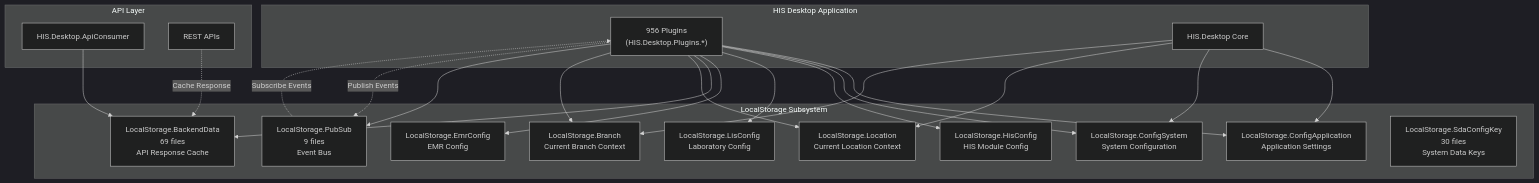
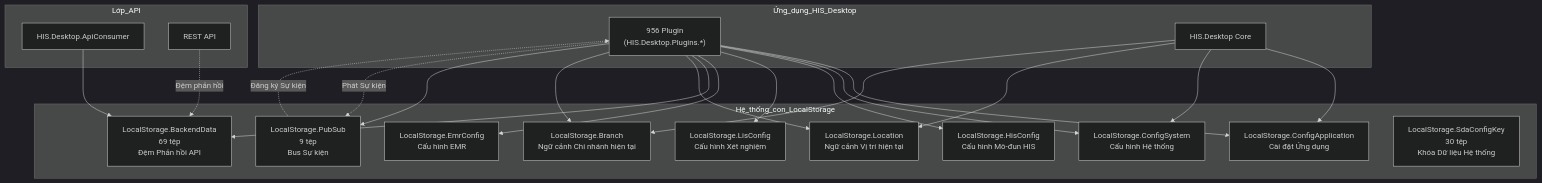
One commit to thangpnb/HIS changed the first of 4 diagrams in docs/his-ba-documentation/02-modules/his-desktop/core.md. Above: the diagram before and after it, drawn with Mermaid (dark theme). The commit also changed other lines of this file and 30 other files, not shown here.

Commit message:
Refactor architecture docs and update translations

````diff
--- a/docs/his-ba-documentation/02-modules/his-desktop/core.md
+++ b/docs/his-ba-documentation/02-modules/his-desktop/core.md
@@ -643,46 +639,46 @@
 ```mermaid
 graph TB
-    subgraph "HIS Desktop Application"
-        Plugins["956 Plugins<br/>(HIS.Desktop.Plugins.*)"]
+    subgraph "Ứng_dụng_HIS_Desktop"
+        Plugins["956 Plugin<br/>(HIS.Desktop.Plugins.*)"]
         Core["HIS.Desktop Core"]
     end
     
-    subgraph "LocalStorage Subsystem"
-        ConfigApp["LocalStorage.ConfigApplication<br/>Application Settings"]
-        ConfigSys["LocalStorage.ConfigSystem<br/>System Configuration"]
-        HisConfig["LocalStorage.HisConfig<br/>HIS Module Config"]
-        LisConfig["LocalStorage.LisConfig<br/>Laboratory Config"]
-        EmrConfig["LocalStorage.EmrConfig<br/>EMR Config"]
-        BackendData["LocalStorage.BackendData<br/>69 files<br/>API Response Cache"]
-        PubSub["LocalStorage.PubSub<br/>9 files<br/>Event Bus"]
-        Location["LocalStorage.Location<br/>Current Location Context"]
-        Branch["LocalStorage.Branch<br/>Current Branch Context"]
-        SdaConfigKey["LocalStorage.SdaConfigKey<br/>30 files<br/>System Data Keys"]
+    subgraph "Hệ_thống_con_LocalStorage"
+        ConfigApp["LocalStorage.ConfigApplication<br/>Cài đặt Ứng dụng"]
+        ConfigSys["LocalStorage.ConfigSystem<br/>Cấu hình Hệ thống"]
+        HisConfig["LocalStorage.HisConfig<br/>Cấu hình Mô-đun HIS"]
+        LisConfig["LocalStorage.LisConfig<br/>Cấu hình Xét nghiệm"]
+        EmrConfig["LocalStorage.EmrConfig<br/>Cấu hình EMR"]
+        BackendData["LocalStorage.BackendData<br/>69 tệp<br/>Đệm Phản hồi API"]
+        PubSub["LocalStorage.PubSub<br/>9 tệp<br/>Bus Sự kiện"]
+        Location["LocalStorage.Location<br/>Ngữ cảnh Vị trí hiện tại"]
+        Branch["LocalStorage.Branch<br/>Ngữ cảnh Chi nhánh hiện tại"]
+        SdaConfigKey["LocalStorage.SdaConfigKey<br/>30 tệp<br/>Khóa Dữ liệu Hệ thống"]
     end
     
-    subgraph "API Layer"
+    subgraph "Lớp_API"
         ApiConsumer["HIS.Desktop.ApiConsumer"]
-        Backend["REST APIs"]
+        Backend["REST API"]
     end
     
     Plugins --> ConfigApp
     Plugins --> ConfigSys
     Plugins --> HisConfig
     Plugins --> LisConfig
     Plugins --> EmrConfig
     Plugins --> BackendData
     Plugins --> Location
     Plugins --> Branch
     Plugins --> PubSub
     
     Core --> ConfigApp
     Core --> ConfigSys
     Core --> Location
     Core --> Branch
     
     ApiConsumer --> BackendData
-    Backend -.->|"Cache Response"| BackendData
+    Backend -.->|"Đệm phản hồi"| BackendData
     
-    Plugins -.->|"Publish Events"| PubSub
-    PubSub -.->|"Subscribe Events"| Plugins
+    Plugins -.->|"Phát Sự kiện"| PubSub
+    PubSub -.->|"Đăng ký Sự kiện"| Plugins
 ```
````
